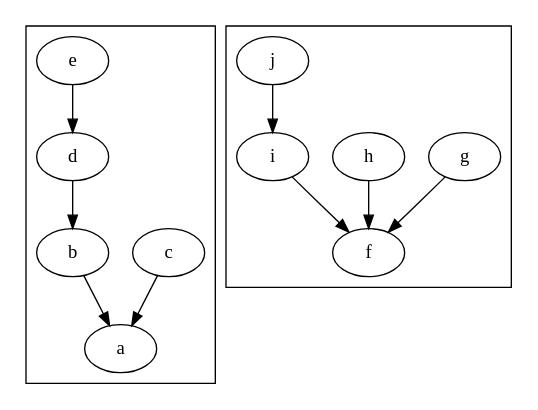
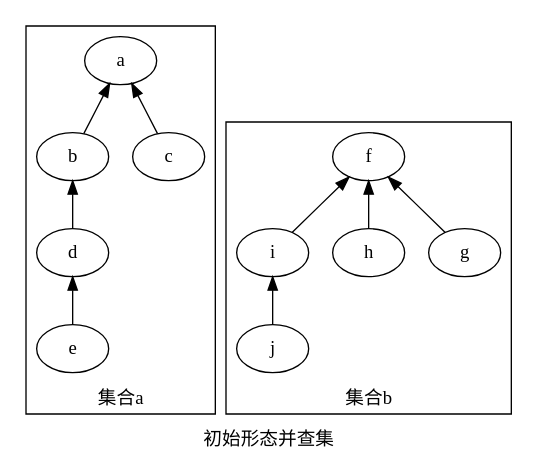
Before and after one commit to hcx2012/book: the diagram in DisjointSetUnion.md, drawn with Graphviz.

````diff
--- a/DisjointSetUnion.md
+++ b/DisjointSetUnion.md
@@ -58,18 +58,20 @@
 ```dot
 digraph{
+  label = "初始形态并查集"
+  rankdir="BT"
   subgraph cluster_a{
-    rankdir="BT"
+    label = "集合a"
     b -> a;
     c -> a;
     d -> b;
     e -> d;
   }
   subgraph cluster_b{
-    rankdir="BT"
+    label = "集合b"
     g -> f;
     h -> f;
     i -> f;
     j -> i;
   }
 }
 ```
````
